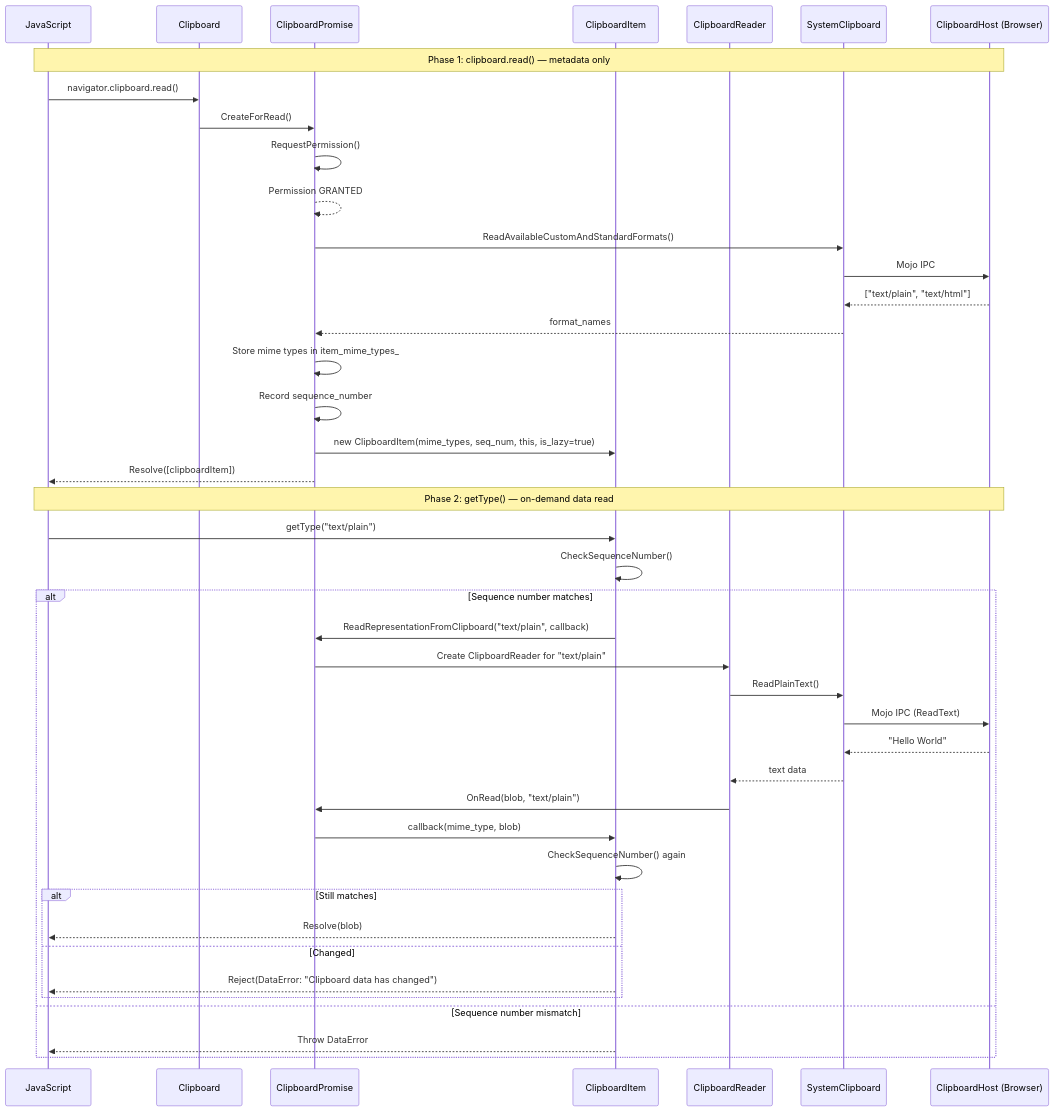
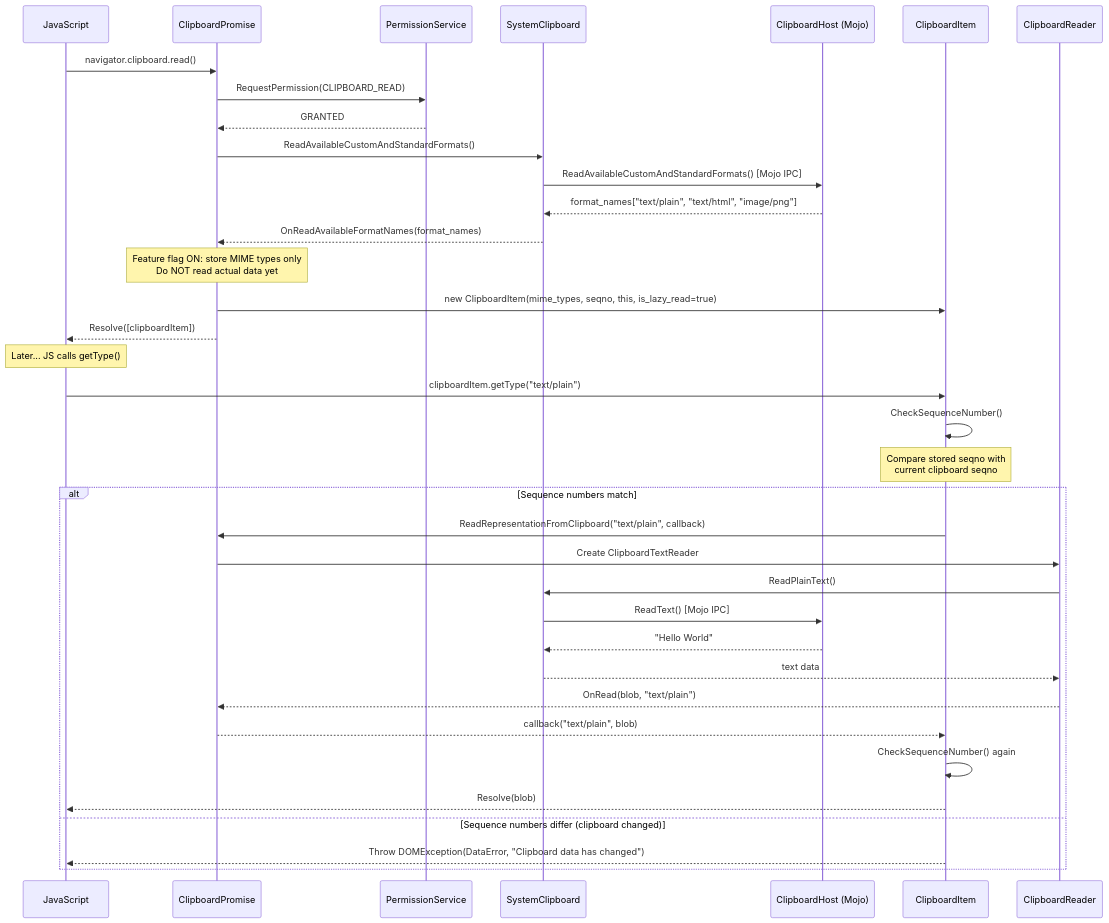
One commit to roraja/cr-llm-docs changed the second of 7 diagrams in fixes/cl-6978530-20260220/hld.md. Above: the diagram before and after it, drawn with Mermaid. The commit also changed other lines of this file, not shown here.

````diff
--- a/fixes/cl-6978530-20260220/hld.md
+++ b/fixes/cl-6978530-20260220/hld.md
@@ -113,46 +117,45 @@
 ```mermaid
 sequenceDiagram
     participant JS as JavaScript
-    participant Clip as Clipboard
     participant CP as ClipboardPromise
+    participant PS as PermissionService
+    participant SC as SystemClipboard
+    participant CH as ClipboardHost (Mojo)
     participant CI as ClipboardItem
     participant CR as ClipboardReader
-    participant SC as SystemClipboard
-    participant CH as ClipboardHost (Browser)
 
-    Note over JS,CH: Phase 1: clipboard.read() — metadata only
-    JS->>Clip: navigator.clipboard.read()
-    Clip->>CP: CreateForRead()
-    CP->>CP: RequestPermission()
-    CP-->>CP: Permission GRANTED
+    JS->>CP: navigator.clipboard.read()
+    CP->>PS: RequestPermission(CLIPBOARD_READ)
+    PS-->>CP: GRANTED
+
     CP->>SC: ReadAvailableCustomAndStandardFormats()
-    SC->>CH: Mojo IPC
-    CH-->>SC: ["text/plain", "text/html"]
-    SC-->>CP: format_names
-    CP->>CP: Store mime types in item_mime_types_
-    CP->>CP: Record sequence_number
-    CP->>CI: new ClipboardItem(mime_types, seq_num, this, is_lazy=true)
+    SC->>CH: ReadAvailableCustomAndStandardFormats() [Mojo IPC]
+    CH-->>SC: format_names["text/plain", "text/html", "image/png"]
+    SC-->>CP: OnReadAvailableFormatNames(format_names)
+
+    Note over CP: Feature flag ON: store MIME types only<br/>Do NOT read actual data yet
+
+    CP->>CI: new ClipboardItem(mime_types, seqno, this, is_lazy_read=true)
     CP-->>JS: Resolve([clipboardItem])
 
-    Note over JS,CH: Phase 2: getType() — on-demand data read
-    JS->>CI: getType("text/plain")
+    Note over JS: Later... JS calls getType()
+
+    JS->>CI: clipboardItem.getType("text/plain")
     CI->>CI: CheckSequenceNumber()
-    alt Sequence number matches
+    Note over CI: Compare stored seqno with<br/>current clipboard seqno
+
+    alt Sequence numbers match
         CI->>CP: ReadRepresentationFromClipboard("text/plain", callback)
-        CP->>CR: Create ClipboardReader for "text/plain"
+        CP->>CR: Create ClipboardTextReader
         CR->>SC: ReadPlainText()
-        SC->>CH: Mojo IPC (ReadText)
+        SC->>CH: ReadText() [Mojo IPC]
         CH-->>SC: "Hello World"
         SC-->>CR: text data
-        CR->>CP: OnRead(blob, "text/plain")
-        CP->>CI: callback(mime_type, blob)
+        CR-->>CP: OnRead(blob, "text/plain")
+        CP-->>CI: callback("text/plain", blob)
         CI->>CI: CheckSequenceNumber() again
-        alt Still matches
-            CI-->>JS: Resolve(blob)
-        else Changed
-            CI-->>JS: Reject(DataError: "Clipboard data has changed")
-        end
-    else Sequence number mismatch
-        CI-->>JS: Throw DataError
+        CI-->>JS: Resolve(blob)
+    else Sequence numbers differ (clipboard changed)
+        CI-->>JS: Throw DOMException(DataError, "Clipboard data has changed")
     end
 ```
````
